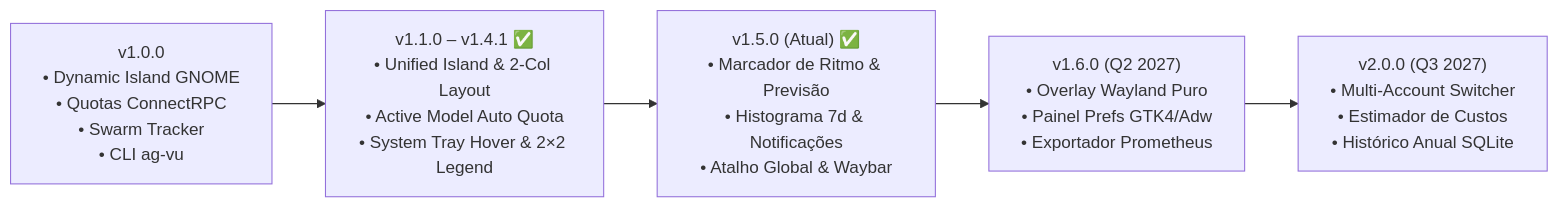
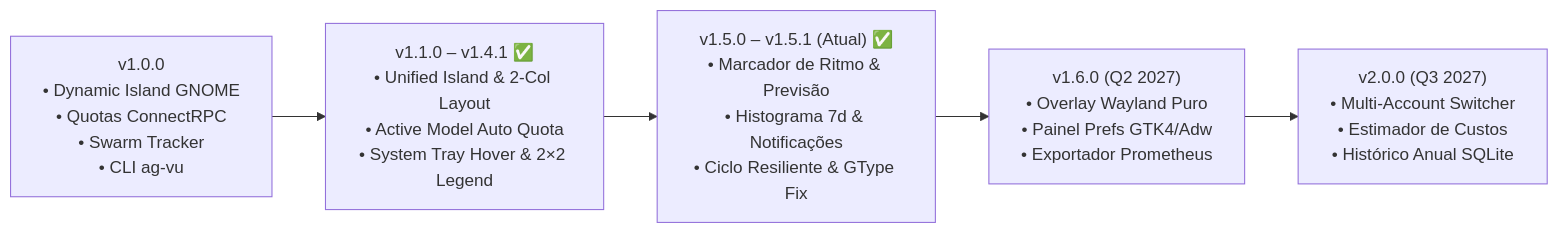
One commit to brendofreitas-dev/antigravity-vu-linux changed the diagram in ROADMAP.md. Above: the diagram before and after it, drawn with Mermaid. The commit also changed other lines of this file and 2 other files, not shown here.

Commit message:
docs: document v1.5.1 lifecycle resiliency, deterministic module import and GType resolution fix

````diff
--- a/ROADMAP.md
+++ b/ROADMAP.md
@@ -9,10 +9,10 @@
 ```mermaid
 flowchart LR
     v10["v1.0.0<br/>• Dynamic Island GNOME<br/>• Quotas ConnectRPC<br/>• Swarm Tracker<br/>• CLI ag-vu"]
     v11["v1.1.0 – v1.4.1 ✅<br/>• Unified Island & 2-Col Layout<br/>• Active Model Auto Quota<br/>• System Tray Hover & 2×2 Legend"]
-    v15["v1.5.0 (Atual) ✅<br/>• Marcador de Ritmo & Previsão<br/>• Histograma 7d & Notificações<br/>• Atalho Global & Waybar"]
+    v15["v1.5.0 – v1.5.1 (Atual) ✅<br/>• Marcador de Ritmo & Previsão<br/>• Histograma 7d & Notificações<br/>• Ciclo Resiliente & GType Fix"]
     v16["v1.6.0 (Q2 2027)<br/>• Overlay Wayland Puro<br/>• Painel Prefs GTK4/Adw<br/>• Exportador Prometheus"]
     v20["v2.0.0 (Q3 2027)<br/>• Multi-Account Switcher<br/>• Estimador de Custos<br/>• Histórico Anual SQLite"]
 
     v10 --> v11 --> v15 --> v16 --> v20
 ```
````
